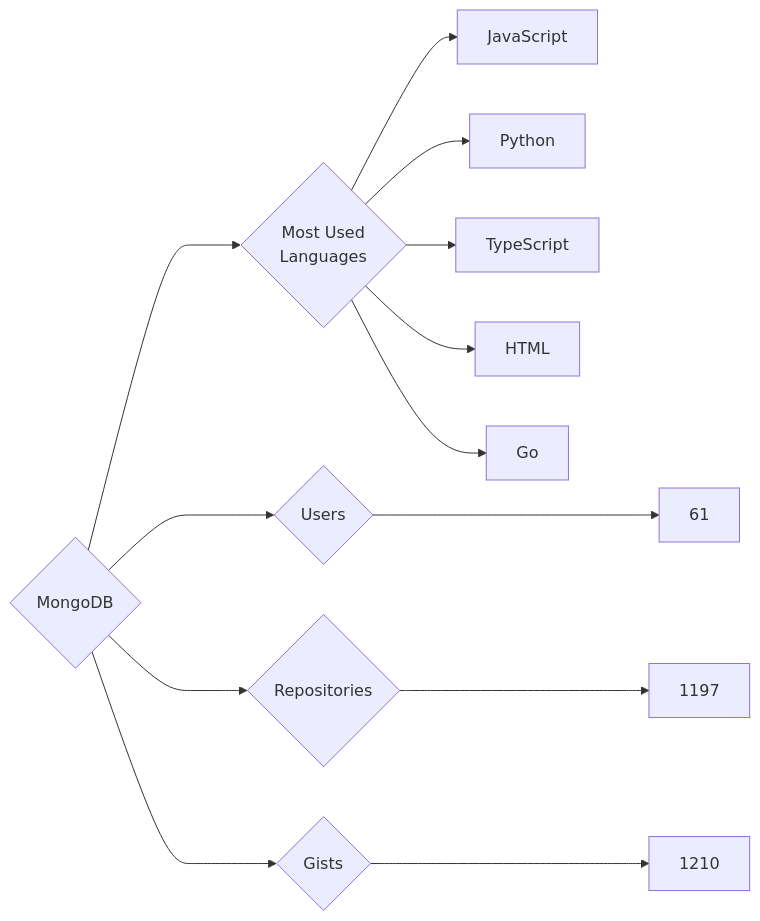
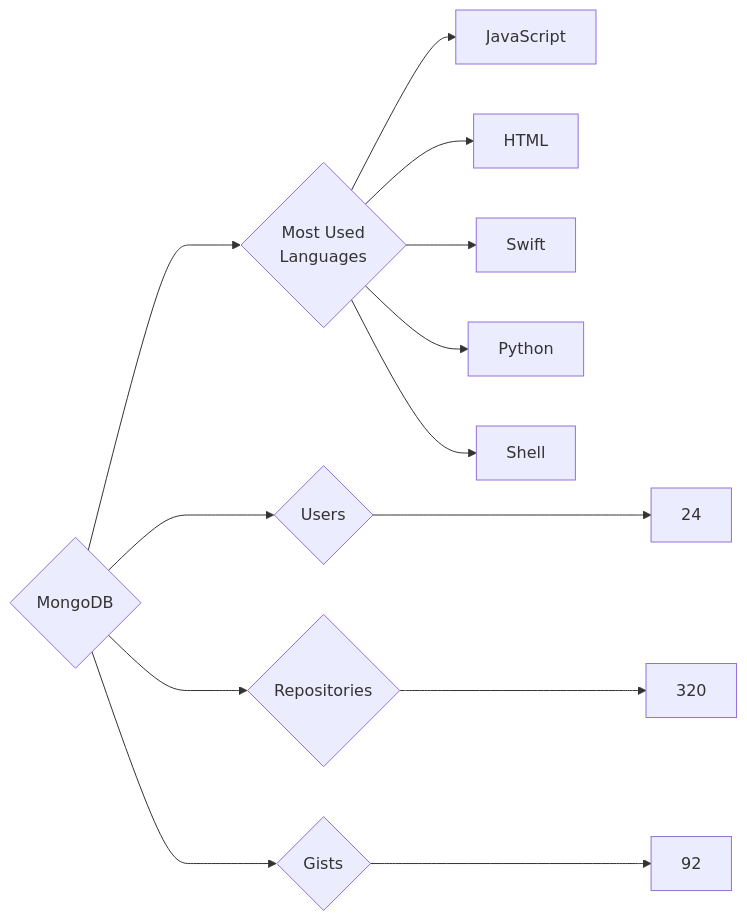
Before and after one commit to trickest/insiders: the diagram in targets/MongoDB/README.md, drawn with Mermaid. The commit also changed 597 other files, not shown here.

````diff
--- a/targets/MongoDB/README.md
+++ b/targets/MongoDB/README.md
@@ -3,13 +3,13 @@
 ```mermaid
 graph LR
 COMPANY_NAME{MongoDB}
-COMPANY_NAME ---> U{Users} ---> UN[61]
-COMPANY_NAME ---> R{Repositories} ---> RN[1197]
-COMPANY_NAME ---> G{Gists} ---> GN[1210]
+COMPANY_NAME ---> U{Users} ---> UN[24]
+COMPANY_NAME ---> R{Repositories} ---> RN[320]
+COMPANY_NAME ---> G{Gists} ---> GN[92]
 COMPANY_NAME ---> ML{Most Used<br>Languages}
 ML --> JavaScript[JavaScript]
+ML --> HTML[HTML]
+ML --> Swift[Swift]
 ML --> Python[Python]
-ML --> TypeScript[TypeScript]
-ML --> HTML[HTML]
-ML --> Go[Go]
+ML --> Shell[Shell]
 ```
````
